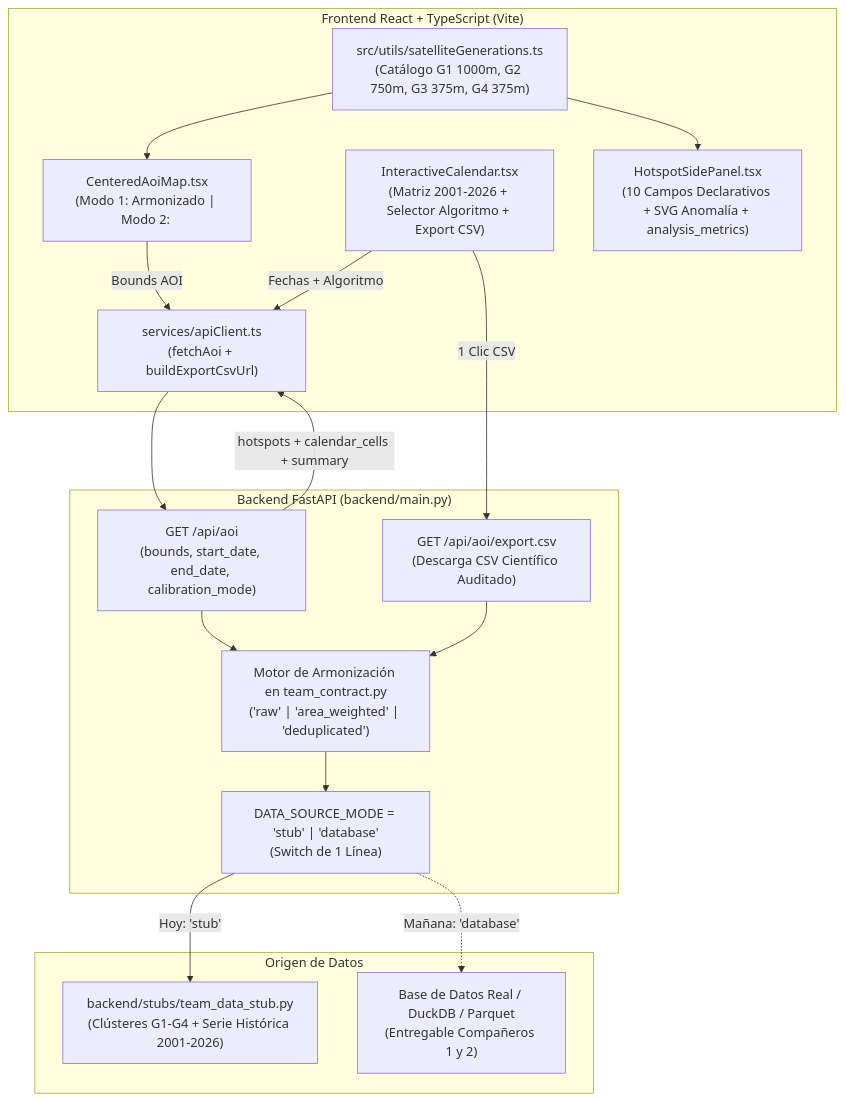
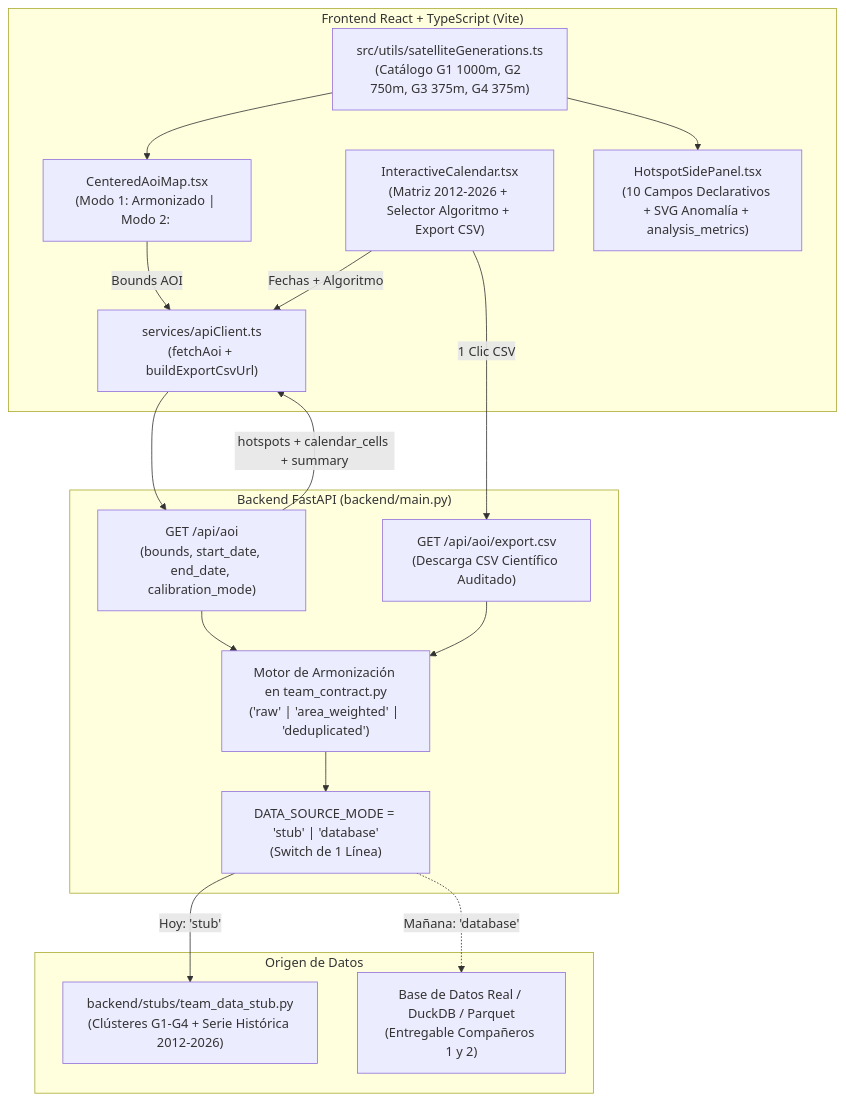
Before and after one commit to juani981/Space-App-Challenge: the first of 2 diagrams in docs/overnight/RUTA_1_ARMONIZACION_CIENTIFICA.md, drawn with Mermaid. The commit also changed other lines of this file and 8 other files, not shown here.

````diff
--- a/docs/overnight/RUTA_1_ARMONIZACION_CIENTIFICA.md
+++ b/docs/overnight/RUTA_1_ARMONIZACION_CIENTIFICA.md
@@ -49,35 +49,35 @@
 ```mermaid
 flowchart TD
     subgraph FRONTEND["Frontend React + TypeScript (Vite)"]
         SAT_CAT["src/utils/satelliteGenerations.ts<br/>(Catálogo G1 1000m, G2 750m, G3 375m, G4 375m)"]
         MAP["CenteredAoiMap.tsx<br/>(Modo 1: Armonizado | Modo 2: <Circle> en Metros G1->G4)"]
-        CAL["InteractiveCalendar.tsx<br/>(Matriz 2001-2026 + Selector Algoritmo + Export CSV)"]
+        CAL["InteractiveCalendar.tsx<br/>(Matriz 2012-2026 + Selector Algoritmo + Export CSV)"]
         PANEL["HotspotSidePanel.tsx<br/>(10 Campos Declarativos + SVG Anomalía + analysis_metrics)"]
         CLIENT["services/apiClient.ts<br/>(fetchAoi + buildExportCsvUrl)"]
     end
 
     subgraph BACKEND["Backend FastAPI (backend/main.py)"]
         API_AOI["GET /api/aoi<br/>(bounds, start_date, end_date, calibration_mode)"]
         API_CSV["GET /api/aoi/export.csv<br/>(Descarga CSV Científico Auditado)"]
         ENGINE["Motor de Armonización en team_contract.py<br/>('raw' | 'area_weighted' | 'deduplicated')"]
         SWITCH["DATA_SOURCE_MODE = 'stub' | 'database'<br/>(Switch de 1 Línea)"]
     end
 
     subgraph DATA["Origen de Datos"]
-        STUB["backend/stubs/team_data_stub.py<br/>(Clústeres G1-G4 + Serie Histórica 2001-2026)"]
+        STUB["backend/stubs/team_data_stub.py<br/>(Clústeres G1-G4 + Serie Histórica 2012-2026)"]
         DB["Base de Datos Real / DuckDB / Parquet<br/>(Entregable Compañeros 1 y 2)"]
     end
 
     SAT_CAT --> MAP
     SAT_CAT --> PANEL
     MAP -->|"Bounds AOI"| CLIENT
     CAL -->|"Fechas + Algoritmo"| CLIENT
     CLIENT --> API_AOI
     CAL -->|"1 Clic CSV"| API_CSV
     API_AOI --> ENGINE
     API_CSV --> ENGINE
     ENGINE --> SWITCH
     SWITCH -->|"Hoy: 'stub'"| STUB
     SWITCH -.->|"Mañana: 'database'"| DB
     API_AOI -->|"hotspots + calendar_cells + summary"| CLIENT
 ```
````
